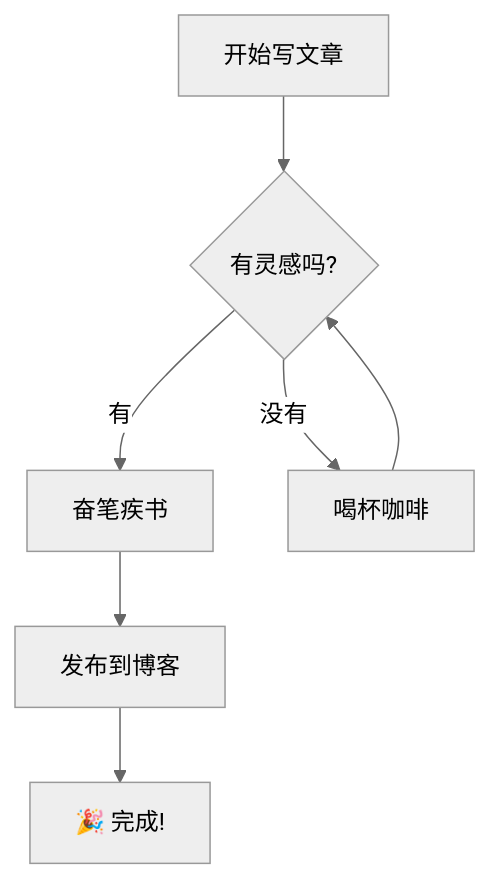
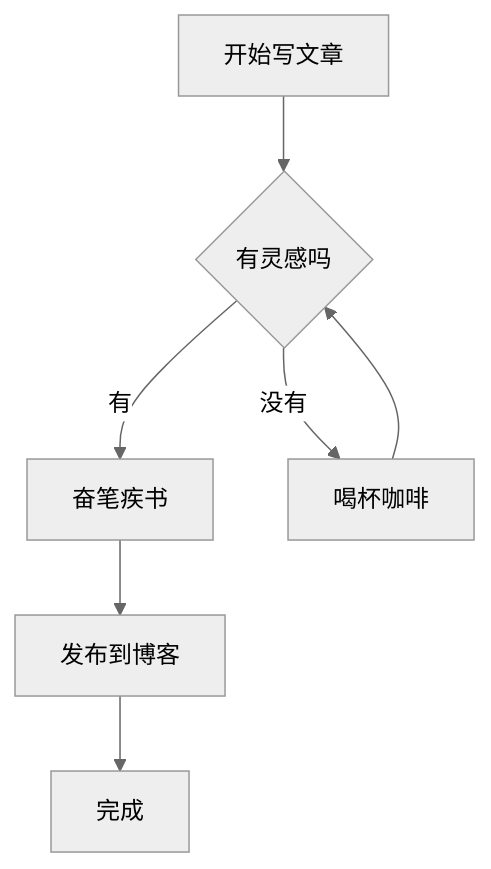
One commit to Yobeeo/yobeeo.github.io changed the first of 2 diagrams in _posts/2026-06-22-hello-blog.md. Above: the diagram before and after it, drawn with Mermaid (neutral theme). The commit also changed other lines of this file and 1 other file, not shown here.

Commit message:
修复 Mermaid 图语法错误：流程图拆分节点声明，时序图删除空行，脚本加 trim

````diff
--- a/_posts/2026-06-22-hello-blog.md
+++ b/_posts/2026-06-22-hello-blog.md
@@ -107,9 +107,15 @@
 ```mermaid
 graph TD
-    A[开始写文章] --> B{有灵感吗?}
-    B -->|有| C[奋笔疾书]
-    B -->|没有| D[喝杯咖啡]
+    A[开始写文章]
+    B{有灵感吗}
+    C[奋笔疾书]
+    D[喝杯咖啡]
+    E[发布到博客]
+    F[完成]
+    A --> B
+    B -->|有| C
+    B -->|没有| D
     D --> B
-    C --> E[发布到博客]
-    E --> F[🎉 完成!]
+    C --> E
+    E --> F
 ```
````
